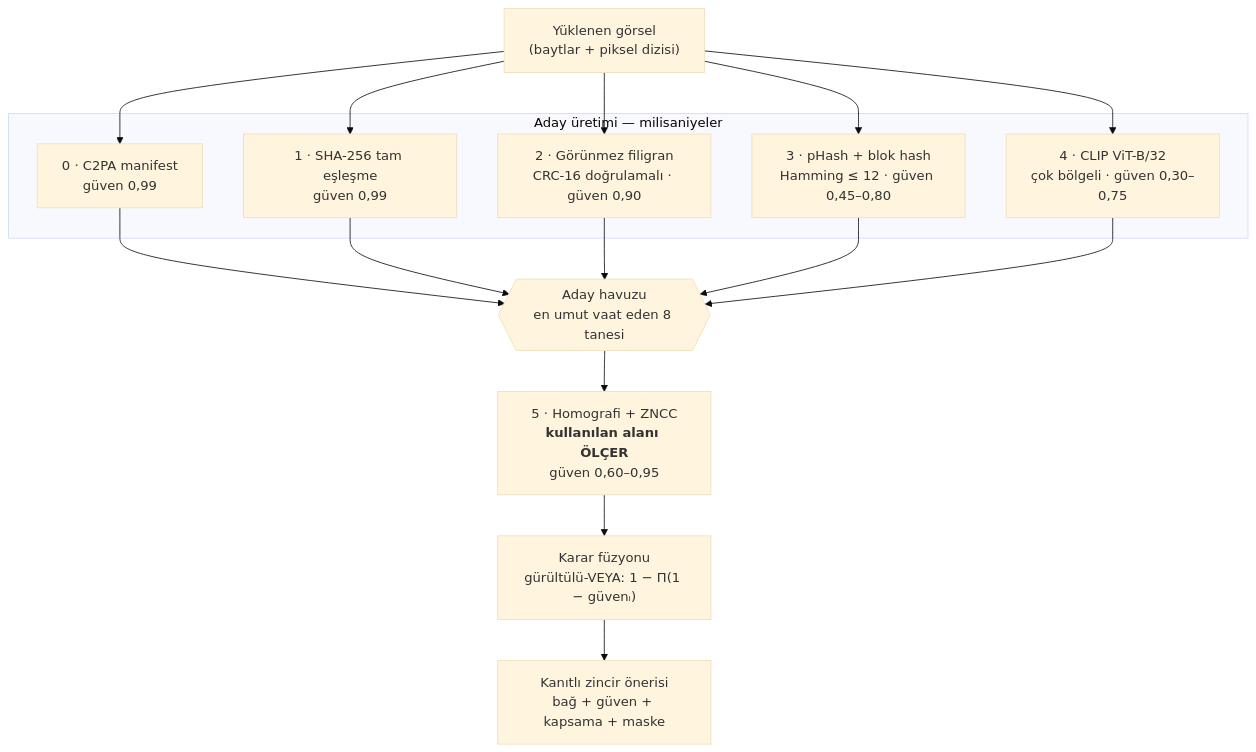
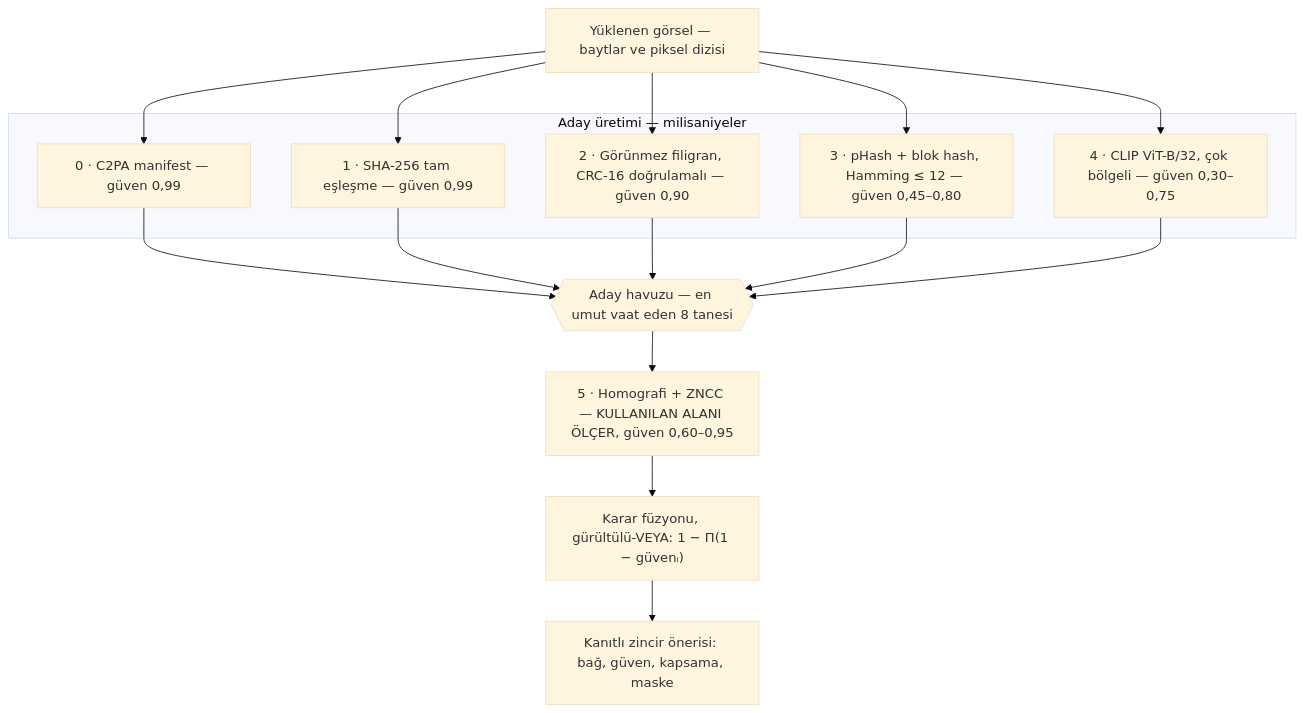
One commit to hamzabdk36-cyber/N-Emek changed the second of 8 diagrams in docs/MIMARI.md. Above: the diagram before and after it, drawn with Mermaid (base theme). The commit also changed other lines of this file, not shown here.

````diff
--- a/docs/MIMARI.md
+++ b/docs/MIMARI.md
@@ -70,24 +70,24 @@
 ```mermaid
 flowchart TB
-    giris["Yüklenen görsel<br/>(baytlar + piksel dizisi)"]
+    giris["Yüklenen görsel — baytlar ve piksel dizisi"]
 
     subgraph aday["Aday üretimi — milisaniyeler"]
-        s0["0 · C2PA manifest<br/>güven 0,99"]
-        s1["1 · SHA-256 tam eşleşme<br/>güven 0,99"]
-        s2["2 · Görünmez filigran<br/>CRC-16 doğrulamalı · güven 0,90"]
-        s3["3 · pHash + blok hash<br/>Hamming ≤ 12 · güven 0,45–0,80"]
-        s4["4 · CLIP ViT-B/32<br/>çok bölgeli · güven 0,30–0,75"]
+        s0["0 · C2PA manifest — güven 0,99"]
+        s1["1 · SHA-256 tam eşleşme — güven 0,99"]
+        s2["2 · Görünmez filigran, CRC-16 doğrulamalı — güven 0,90"]
+        s3["3 · pHash + blok hash, Hamming ≤ 12 — güven 0,45–0,80"]
+        s4["4 · CLIP ViT-B/32, çok bölgeli — güven 0,30–0,75"]
     end
 
-    havuz{{"Aday havuzu<br/>en umut vaat eden 8 tanesi"}}
+    havuz{{"Aday havuzu — en umut vaat eden 8 tanesi"}}
 
-    s5["5 · Homografi + ZNCC<br/><b>kullanılan alanı ÖLÇER</b><br/>güven 0,60–0,95"]
+    s5["5 · Homografi + ZNCC — KULLANILAN ALANI ÖLÇER, güven 0,60–0,95"]
 
-    fuzyon["Karar füzyonu<br/>gürültülü-VEYA: 1 − Π(1 − güvenᵢ)"]
-    cikti["Kanıtlı zincir önerisi<br/>bağ + güven + kapsama + maske"]
+    fuzyon["Karar füzyonu, gürültülü-VEYA: 1 − Π(1 − güvenᵢ)"]
+    cikti["Kanıtlı zincir önerisi: bağ, güven, kapsama, maske"]
 
     giris --> s0 & s1 & s2 & s3 & s4
     s0 & s1 & s2 & s3 & s4 --> havuz
     havuz --> s5
     s5 --> fuzyon --> cikti
 ```
````
